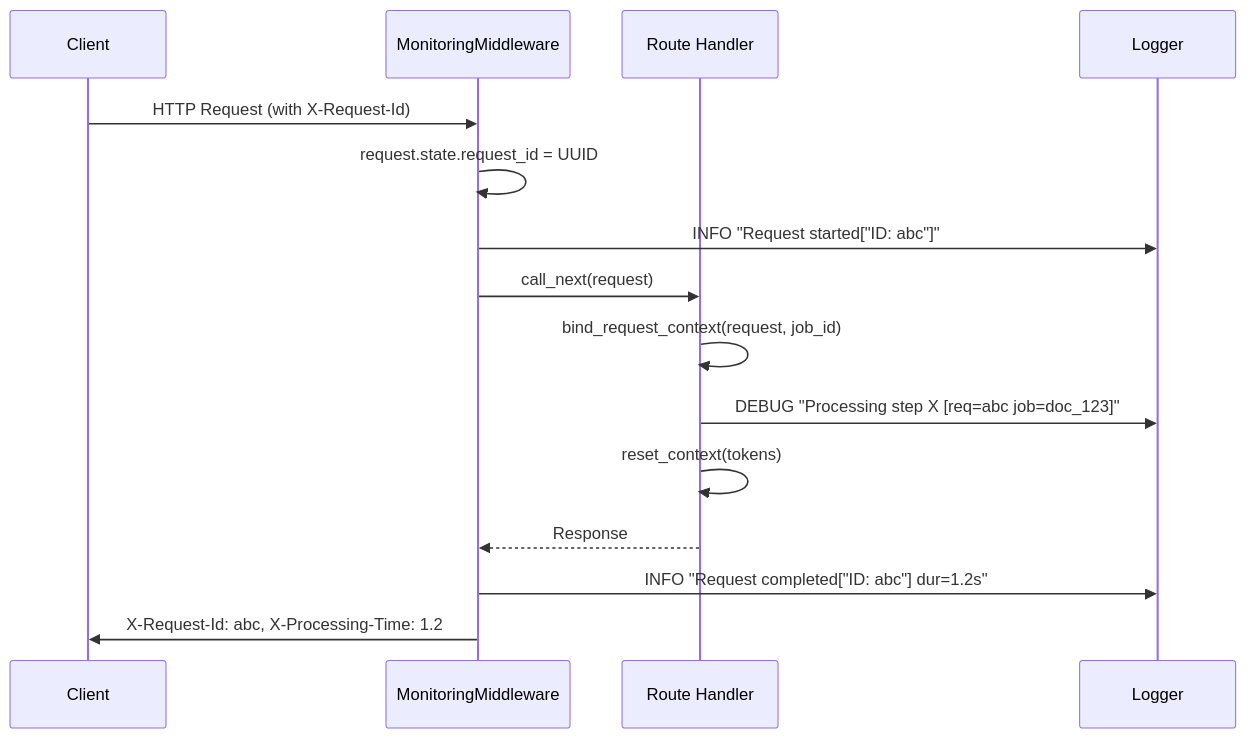
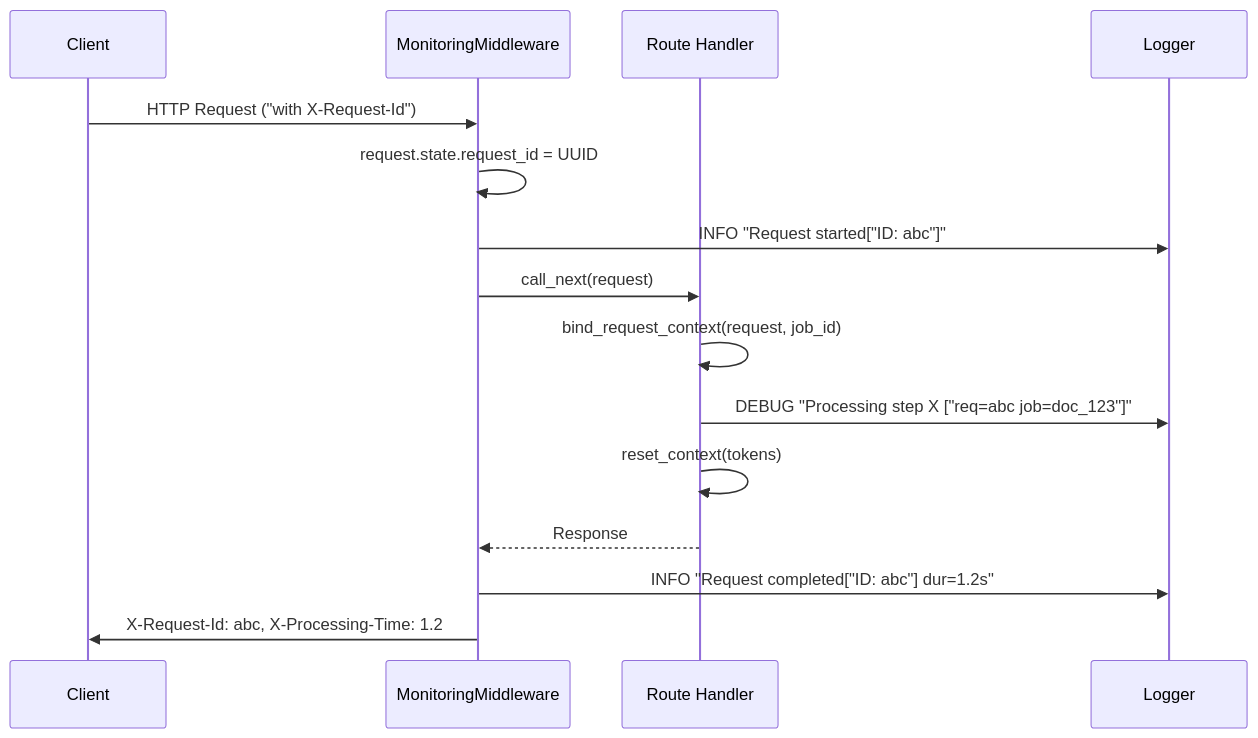
The fourth of 5 diagrams in docs/MONITORING_OBSERVABILITY.md (rohitkumarnaidu/ScholarFormAI), drawn with Mermaid before and after one commit. The commit also changed other lines of this file and 611 other files, not shown here.

````diff
--- a/docs/MONITORING_OBSERVABILITY.md
+++ b/docs/MONITORING_OBSERVABILITY.md
@@ -470,20 +470,20 @@
 ```mermaid
 sequenceDiagram
     participant Client
     participant MW as MonitoringMiddleware
     participant Route as Route Handler
     participant Logger
 
-    Client->>MW: HTTP Request (with X-Request-Id)
+    Client->>MW: HTTP Request ("with X-Request-Id")
     MW->>MW: request.state.request_id = UUID
     MW->>Logger: INFO "Request started["ID: abc"]"
 
     MW->>Route: call_next(request)
     Route->>Route: bind_request_context(request, job_id)
-    Route->>Logger: DEBUG "Processing step X [req=abc job=doc_123]"
+    Route->>Logger: DEBUG "Processing step X ["req=abc job=doc_123"]"
     Route->>Route: reset_context(tokens)
     Route-->>MW: Response
 
     MW->>Logger: INFO "Request completed["ID: abc"] dur=1.2s"
     MW->>Client: X-Request-Id: abc, X-Processing-Time: 1.2
 ```
````
